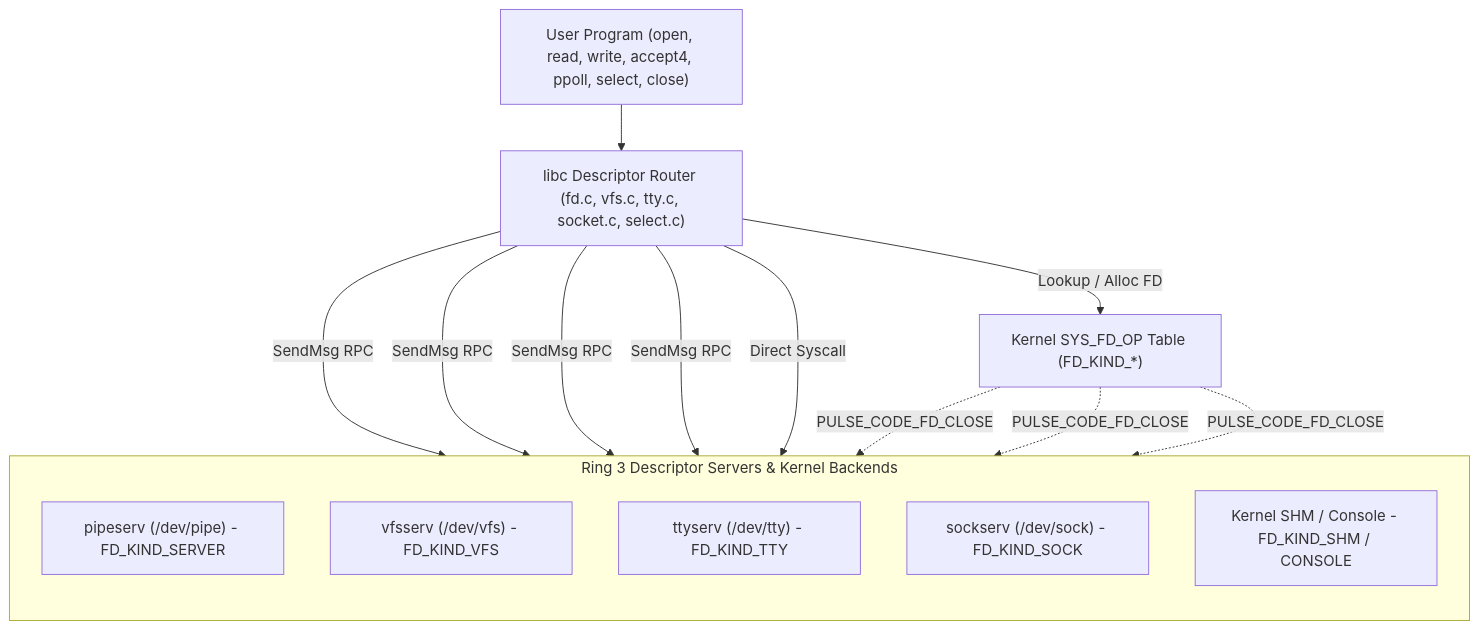
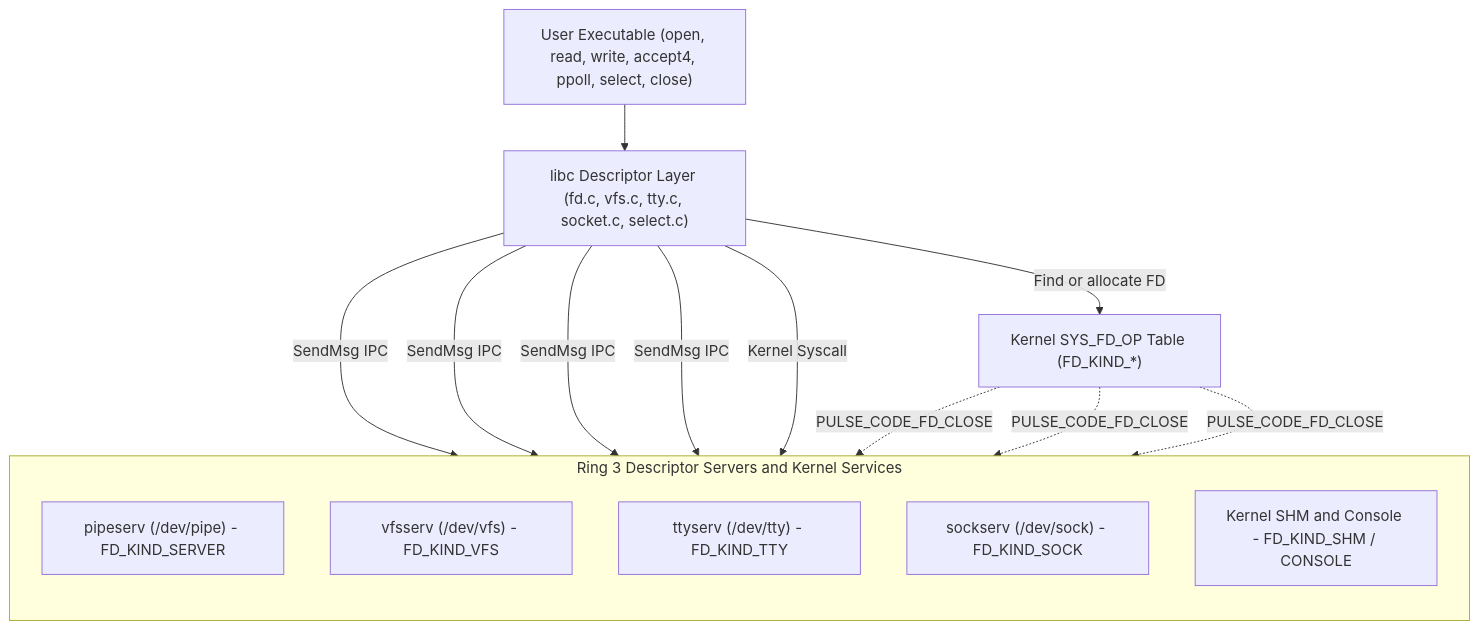
One commit to Deniz-Eren/microkernel changed the third of 3 diagrams in docs/30-architecture/ipc.md. Above: the diagram before and after it, drawn with Mermaid. The commit also changed other lines of this file and 151 other files, not shown here.

````diff
--- a/docs/30-architecture/ipc.md
+++ b/docs/30-architecture/ipc.md
@@ -83,26 +84,26 @@
 ```mermaid
 flowchart TD
-    APP["User Program (open, read, write, accept4, ppoll, select, close)"]
-    LIBC["libc Descriptor Router (fd.c, vfs.c, tty.c, socket.c, select.c)"]
+    APP["User Executable (open, read, write, accept4, ppoll, select, close)"]
+    LIBC["libc Descriptor Layer (fd.c, vfs.c, tty.c, socket.c, select.c)"]
     KFD["Kernel SYS_FD_OP Table (FD_KIND_*)"]
 
-    subgraph SRVS["Ring 3 Descriptor Servers & Kernel Backends"]
+    subgraph SRVS["Ring 3 Descriptor Servers and Kernel Services"]
         direction TB
         PIPE["pipeserv (/dev/pipe) - FD_KIND_SERVER"]
         VFS["vfsserv (/dev/vfs) - FD_KIND_VFS"]
         TTY["ttyserv (/dev/tty) - FD_KIND_TTY"]
         SOCK["sockserv (/dev/sock) - FD_KIND_SOCK"]
-        SHM["Kernel SHM / Console - FD_KIND_SHM / CONSOLE"]
+        SHM["Kernel SHM and Console - FD_KIND_SHM / CONSOLE"]
     end
 
     APP --> LIBC
-    LIBC -->|"Lookup / Alloc FD"| KFD
-    LIBC -->|"SendMsg RPC"| PIPE
-    LIBC -->|"SendMsg RPC"| VFS
-    LIBC -->|"SendMsg RPC"| TTY
-    LIBC -->|"SendMsg RPC"| SOCK
-    LIBC -->|"Direct Syscall"| SHM
+    LIBC -->|"Find or allocate FD"| KFD
+    LIBC -->|"SendMsg IPC"| PIPE
+    LIBC -->|"SendMsg IPC"| VFS
+    LIBC -->|"SendMsg IPC"| TTY
+    LIBC -->|"SendMsg IPC"| SOCK
+    LIBC -->|"Kernel Syscall"| SHM
     KFD -.->|"PULSE_CODE_FD_CLOSE"| PIPE
     KFD -.->|"PULSE_CODE_FD_CLOSE"| VFS
     KFD -.->|"PULSE_CODE_FD_CLOSE"| SOCK
 ```
````
